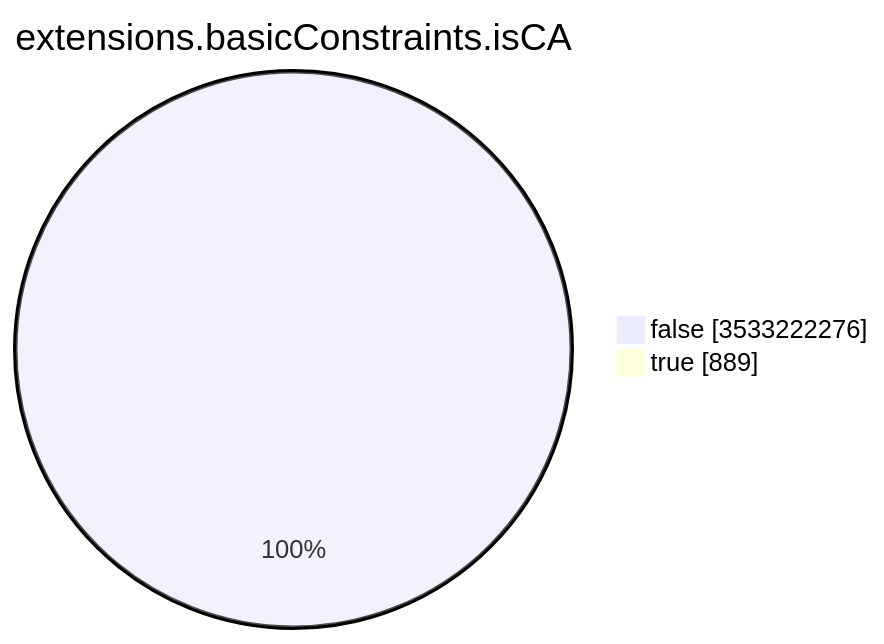
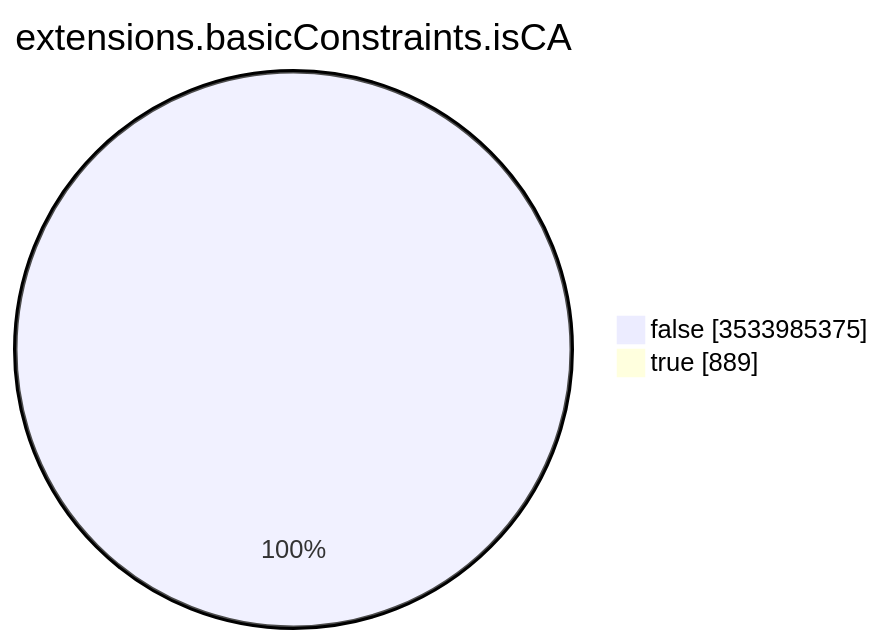
One commit to christiankrug/ctmonitor_visualization changed the seventh of 15 diagrams in TOTAL/README.md. Above: the diagram before and after it, drawn with Mermaid. The commit also changed other lines of this file, not shown here.

````diff
--- a/TOTAL/README.md
+++ b/TOTAL/README.md
@@ -3094,6 +3094,6 @@
 ```mermaid
 pie showData
 title extensions.basicConstraints.isCA
-"false" :3533222276
+"false" :3533985375
 "true" :889
 ```
````
